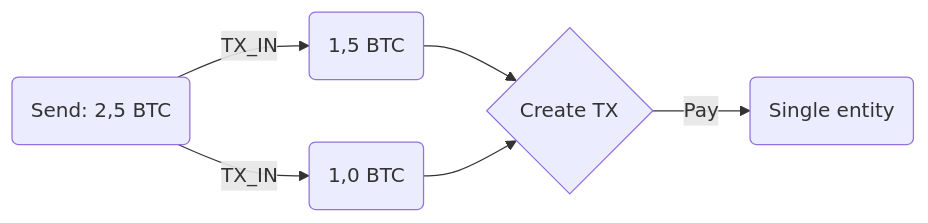
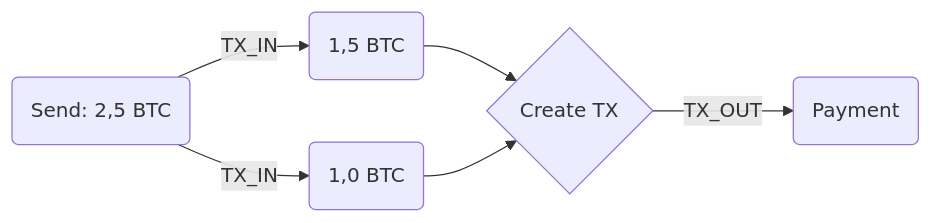
The first of 6 diagrams in content/1_conoscere/2_privacy_e_sicurezza/6_privacy_e_utxo/_index.md (bitcoin-relearn/www), drawn with Mermaid before and after one commit. The commit also changed 2 other files, not shown here.

Commit message:
[edit] privacy e utxo

````diff
--- a/content/1_conoscere/2_privacy_e_sicurezza/6_privacy_e_utxo/_index.md
+++ b/content/1_conoscere/2_privacy_e_sicurezza/6_privacy_e_utxo/_index.md
@@ -31,11 +31,11 @@
 ```mermaid { align="center" zoom="false" }
 ---
 title:
 ---
 graph LR;
   A(Send: 2,5 BTC) -->|TX_IN| B(1,5 BTC)
   A(Send: 2,5 BTC) -->|TX_IN| C(1,0 BTC)
   B --> D{Create TX}
   C --> D{Create TX}
-  D --> |Pay| E(Single entity)
+  D --> |TX_OUT| E(Payment)
 ```
````
